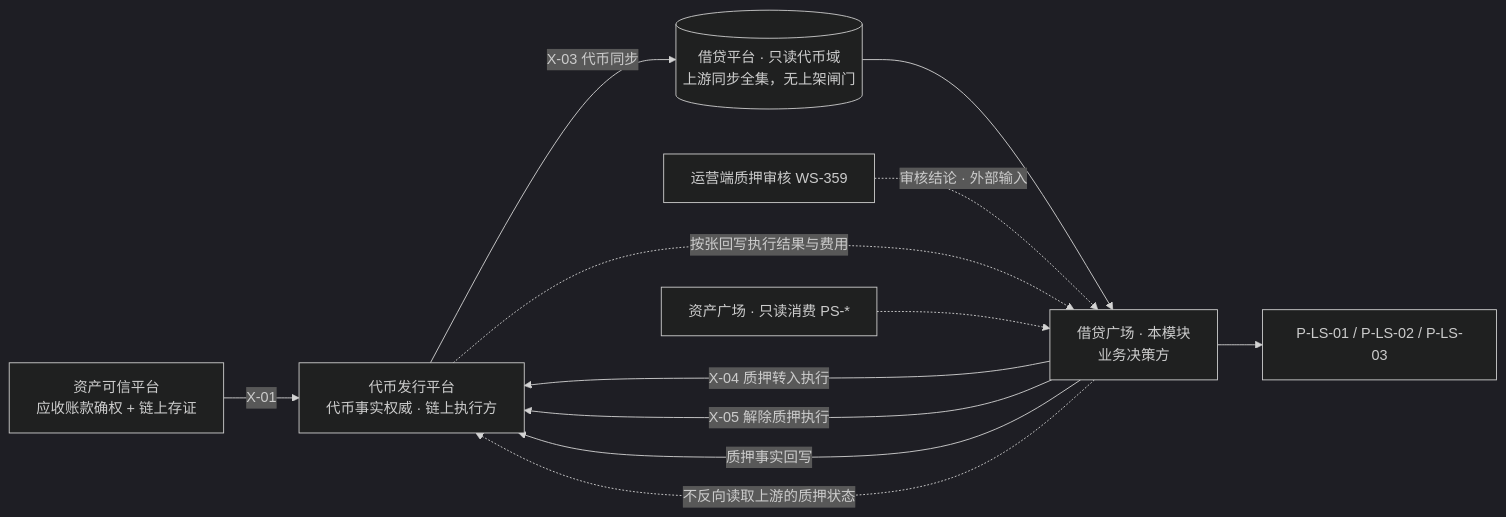
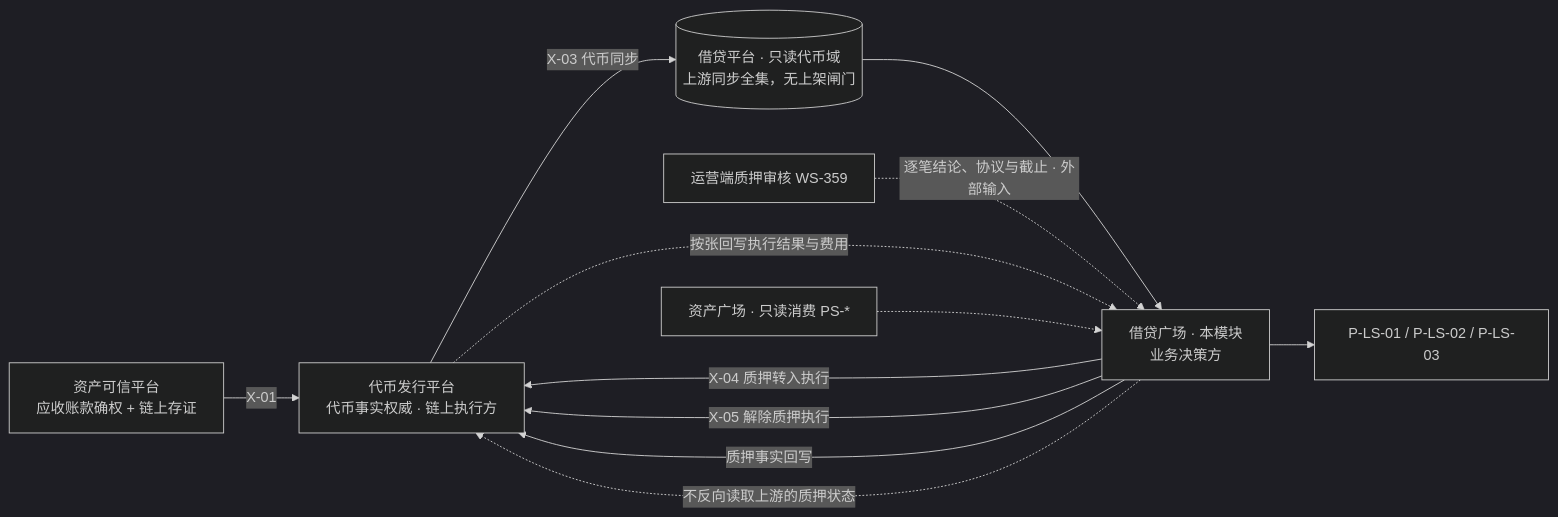
One commit to wxblockchain/Chain-Financing changed the fifth of 9 diagrams in lending-platform/PRD/v1.0-借贷广场-融资需求与代币质押/v1.0-借贷广场-融资需求与代币质押-流程图与状态机.md. Above: the diagram before and after it, drawn with Mermaid (dark theme). The commit also changed other lines of this file and 5 other files, not shown here.

````diff
--- a/lending-platform/PRD/v1.0-借贷广场-融资需求与代币质押/v1.0-借贷广场-融资需求与代币质押-流程图与状态机.md
+++ b/lending-platform/PRD/v1.0-借贷广场-融资需求与代币质押/v1.0-借贷广场-融资需求与代币质押-流程图与状态机.md
@@ -128,14 +122,14 @@
 ```mermaid
 flowchart LR
   ATP["资产可信平台<br/>应收账款确权 + 链上存证"] -->|"X-01"| TIP["代币发行平台<br/>代币事实权威 · 链上执行方"]
   TIP -->|"X-03 代币同步"| SNAP[("借贷平台 · 只读代币域<br/>上游同步全集，无上架闸门")]
   SNAP --> LS["借贷广场 · 本模块<br/>业务决策方"]
-  RV["运营端质押审核 WS-359"] -.->|"审核结论 · 外部输入"| LS
+  RV["运营端质押审核 WS-359"] -.->|"逐笔结论、协议与截止 · 外部输入"| LS
   LS -->|"X-04 质押转入执行"| TIP
   LS -->|"X-05 解除质押执行"| TIP
   TIP -.->|"按张回写执行结果与费用"| LS
   LS -->|"质押事实回写"| TIP
   LS --> PAGE["P-LS-01 / P-LS-02 / P-LS-03"]
   AM["资产广场 · 只读消费 PS-*"] -.-> LS
   LS -.->|"不反向读取上游的质押状态"| TIP
 ```
````
